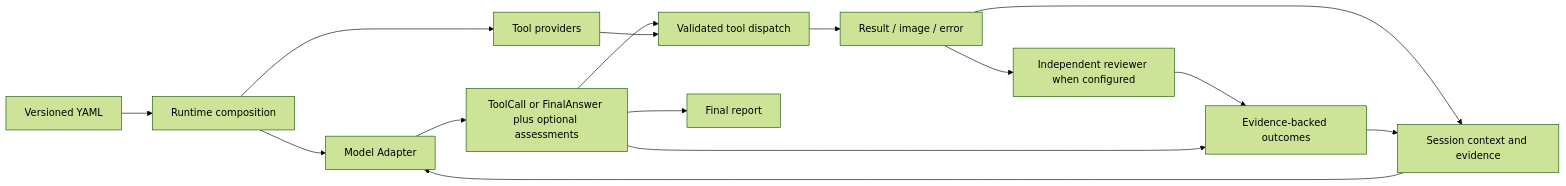
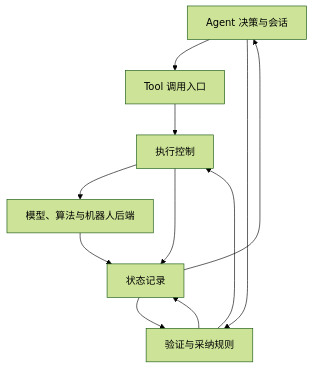
One commit to qianyuhang16/HumanoidAgent changed the diagram in docs/architecture.md. Above: the diagram before and after it, drawn with Mermaid (forest theme). The commit also changed other lines of this file and 6 other files, not shown here.

Commit message:
docs: document embodied architecture contracts and migration

````diff
--- a/docs/architecture.md
+++ b/docs/architecture.md
@@ -5,17 +6,13 @@
 ```mermaid
-flowchart LR
-    YAML[Versioned YAML] --> Runtime[Runtime composition]
-    Runtime --> Model[Model Adapter]
-    Runtime --> Tools[Tool providers]
-    Session[Session context and evidence] --> Model
-    Model --> Call[ToolCall or FinalAnswer plus optional assessments]
-    Call --> Dispatch[Validated tool dispatch]
-    Tools --> Dispatch
-    Dispatch --> Result[Result / image / error]
-    Result --> Session
-    Result --> Review[Independent reviewer when configured]
-    Review --> Ledger[Evidence-backed outcomes]
-    Ledger --> Session
-    Call --> Ledger
-    Call --> Report[Final report]
+flowchart TB
+    A[Agent 决策与会话] --> T[Tool 调用入口]
+    T --> E[执行控制]
+    E --> B[模型、算法与机器人后端]
+    B --> S[状态记录]
+    E --> S
+    S --> A
+    S --> V[验证与采纳规则]
+    A --> V
+    V --> S
+    V --> E
 ```
````
